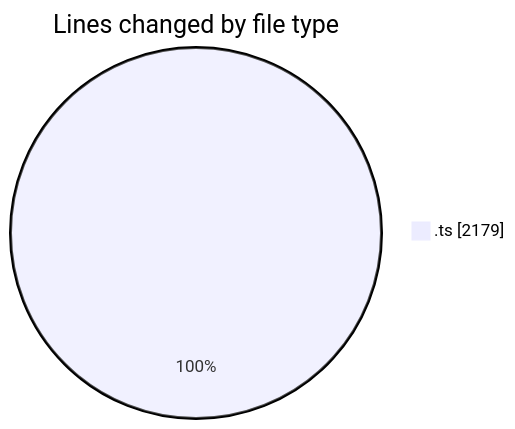
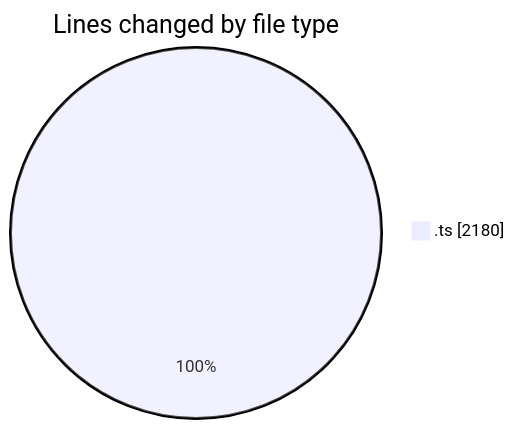
The first of 2 diagrams in 2025-10-24/cda/README.md (momahboobian/code-tracking), drawn with Mermaid before and after one commit. The commit also changed other lines of this file and 1 other file, not shown here.

````diff
--- a/2025-10-24/cda/README.md
+++ b/2025-10-24/cda/README.md
@@ -24,5 +24,5 @@
 ```mermaid
 pie showData
 title Lines changed by file type
-".ts" : 2179
+".ts" : 2180
 ```
````
